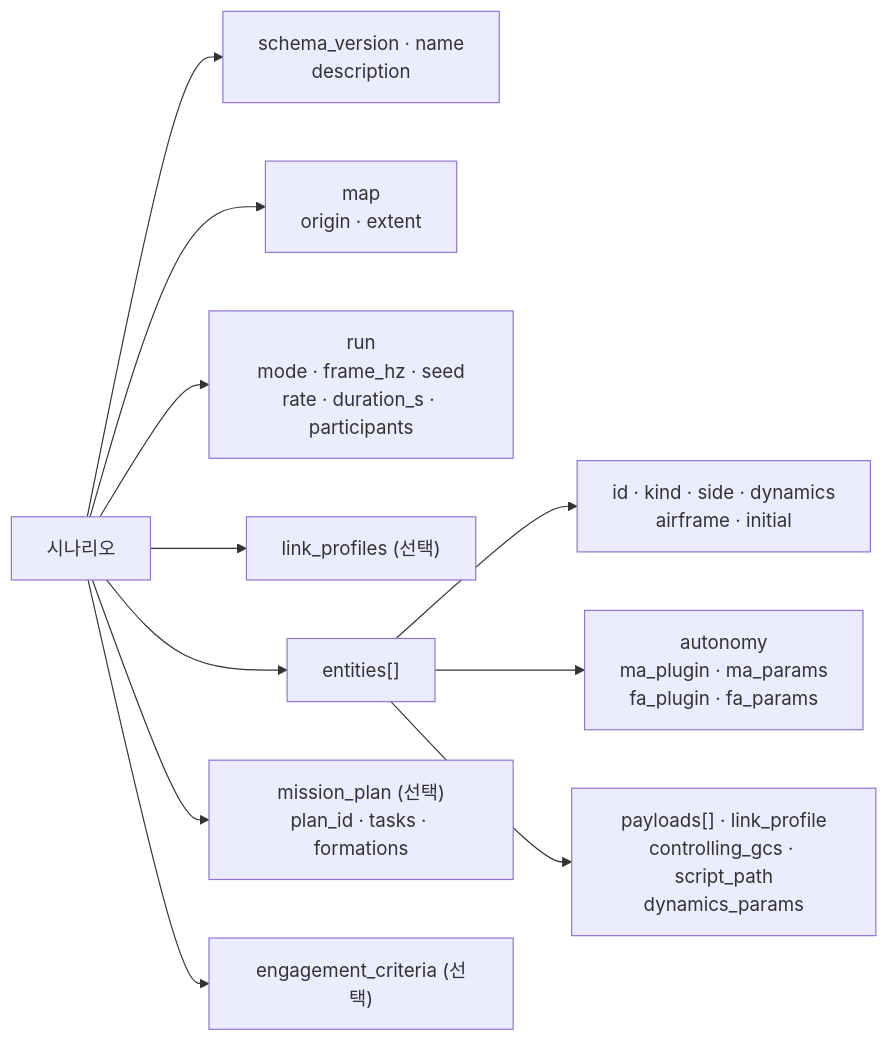
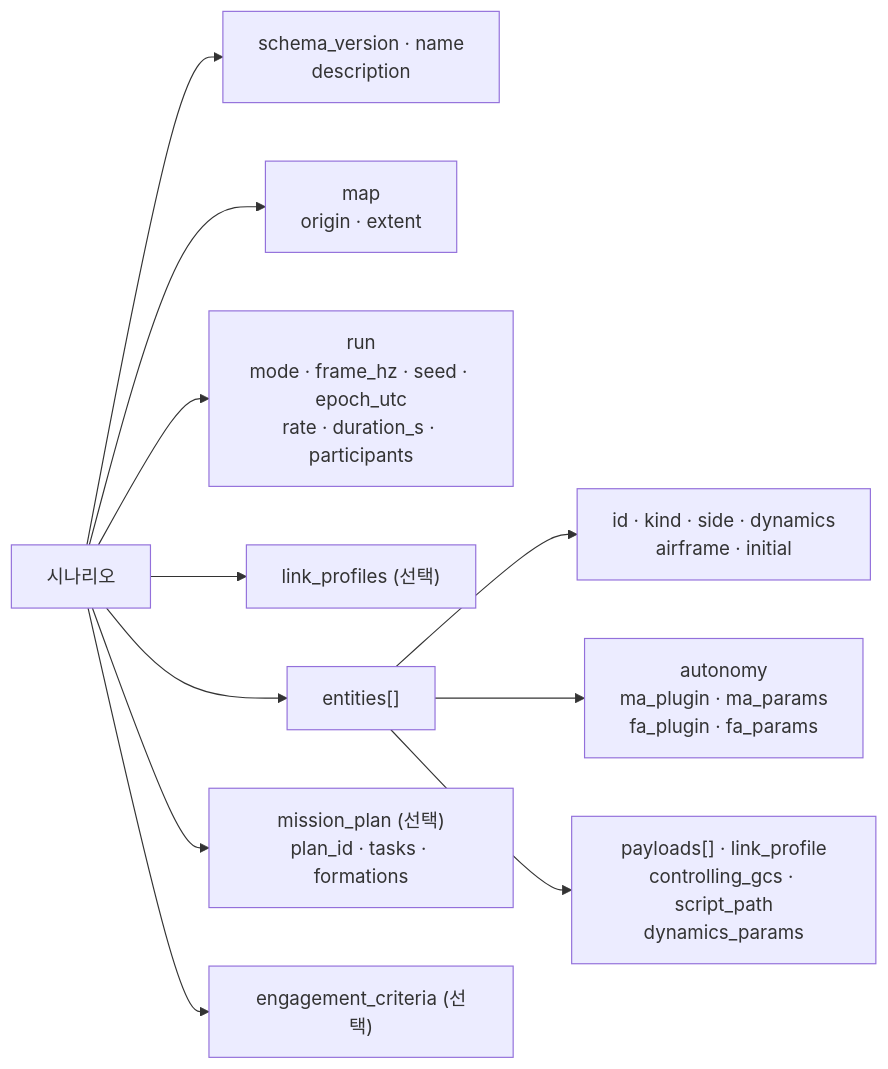
The diagram in docs/42_user/03_scenario.md (Kimbyung-wook/SwarmFlSim), drawn with Mermaid before and after one commit. The commit also changed other lines of this file and 17 other files, not shown here.

````diff
--- a/docs/42_user/03_scenario.md
+++ b/docs/42_user/03_scenario.md
@@ -9,13 +9,13 @@
 ```mermaid
 flowchart LR
     S["시나리오"] --> V["schema_version · name<br/>description"]
     S --> M["map<br/>origin · extent"]
-    S --> R["run<br/>mode · frame_hz · seed<br/>rate · duration_s · participants"]
+    S --> R["run<br/>mode · frame_hz · seed · epoch_utc<br/>rate · duration_s · participants"]
     S --> L["link_profiles (선택)"]
     S --> E["entities[]"]
     S --> P["mission_plan (선택)<br/>plan_id · tasks · formations"]
     S --> C["engagement_criteria (선택)"]
     E --> E1["id · kind · side · dynamics<br/>airframe · initial"]
     E --> E2["autonomy<br/>ma_plugin · ma_params<br/>fa_plugin · fa_params"]
     E --> E3["payloads[] · link_profile<br/>controlling_gcs · script_path<br/>dynamics_params"]
 ```
````
